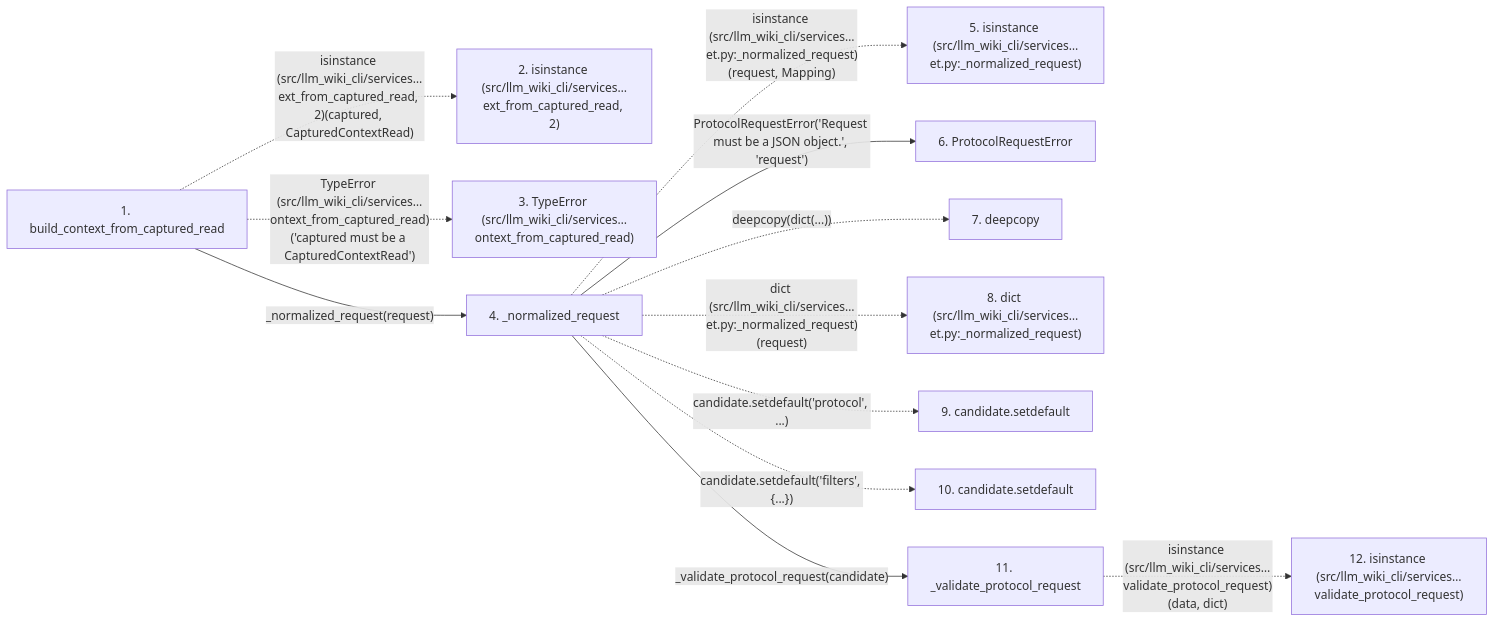
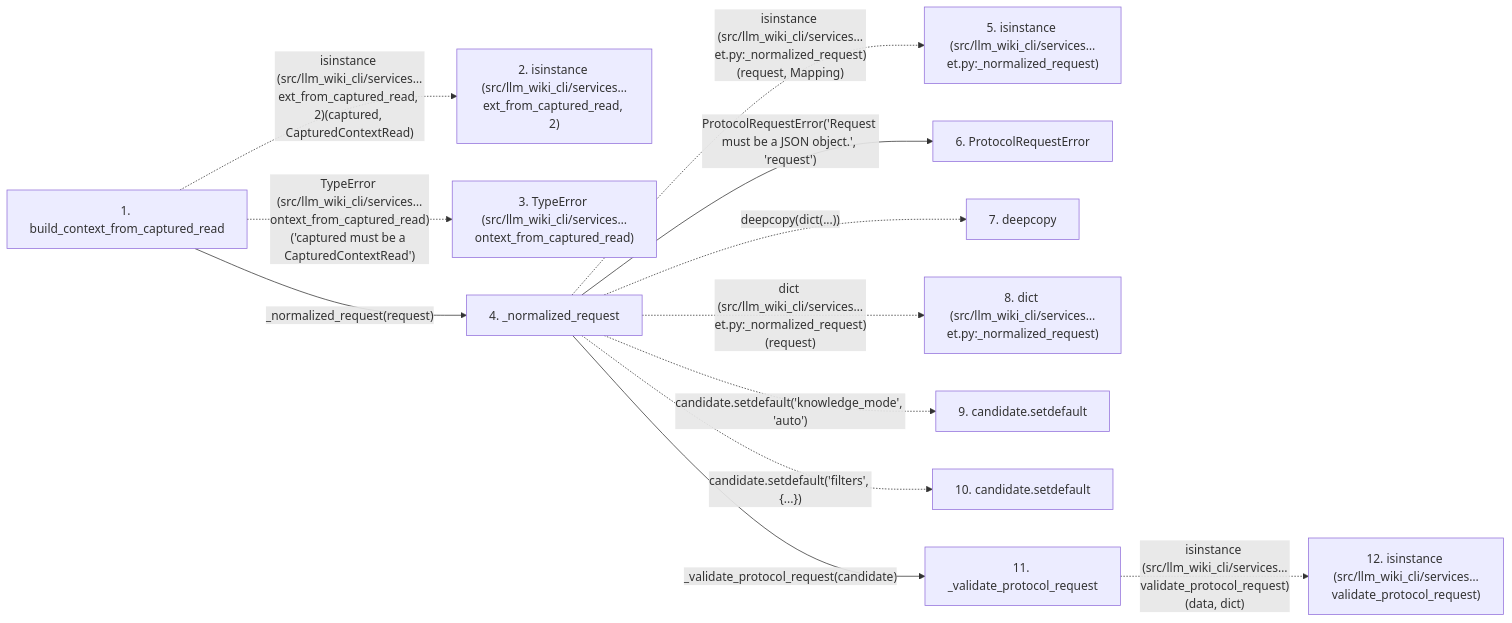
The second of 2 diagrams in docs/llm_wiki/flows/api-build_context_from_captured_read.md (Denissvgn/python-wiki-llm), drawn with Mermaid before and after one commit. The commit also changed other lines of this file and 416 other files, not shown here.

````diff
--- a/docs/llm_wiki/flows/api-build_context_from_captured_read.md
+++ b/docs/llm_wiki/flows/api-build_context_from_captured_read.md
@@ -114,30 +114,30 @@
 ```mermaid
 flowchart LR
     s1["1. build_context_from_captured_read"]
     s2["2. isinstance (src/llm_wiki_cli/services…ext_from_captured_read, 2)"]
     s3["3. TypeError (src/llm_wiki_cli/services…ontext_from_captured_read)"]
     s4["4. _normalized_request"]
     s5["5. isinstance (src/llm_wiki_cli/services…et.py:_normalized_request)"]
     s6["6. ProtocolRequestError"]
     s7["7. deepcopy"]
     s8["8. dict (src/llm_wiki_cli/services…et.py:_normalized_request)"]
     s9["9. candidate.setdefault"]
     s10["10. candidate.setdefault"]
     s11["11. _validate_protocol_request"]
     s12["12. isinstance (src/llm_wiki_cli/services…validate_protocol_request)"]
     s1 -. "isinstance (src/llm_wiki_cli/services…ext_from_captured_read, 2)(captured, CapturedContextRead)" .-> s2
     s1 -. "TypeError (src/llm_wiki_cli/services…ontext_from_captured_read)('captured must be a CapturedContextRead')" .-> s3
     s1 -->|"_normalized_request(request)"| s4
     s4 -. "isinstance (src/llm_wiki_cli/services…et.py:_normalized_request)(request, Mapping)" .-> s5
     s4 -->|"ProtocolRequestError('Request must be a JSON object.', 'request')"| s6
     s4 -. "deepcopy(dict(...))" .-> s7
     s4 -. "dict (src/llm_wiki_cli/services…et.py:_normalized_request)(request)" .-> s8
-    s4 -. "candidate.setdefault('protocol', ...)" .-> s9
+    s4 -. "candidate.setdefault('knowledge_mode', 'auto')" .-> s9
     s4 -. "candidate.setdefault('filters', {...})" .-> s10
     s4 -->|"_validate_protocol_request(candidate)"| s11
     s11 -. "isinstance (src/llm_wiki_cli/services…validate_protocol_request)(data, dict)" .-> s12
     click s1 "../modules/context_packet.md"
     click s4 "../modules/context_packet.md"
     click s6 "../modules/context_service.md"
     click s11 "../modules/context_service.md"
 ```
````
